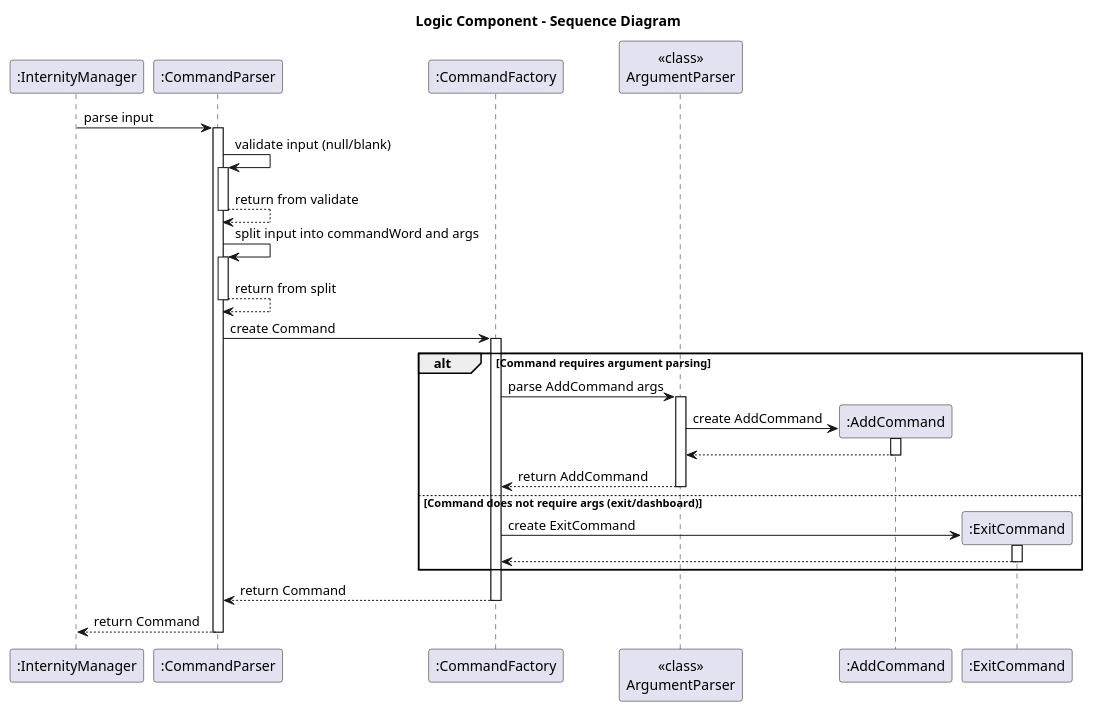
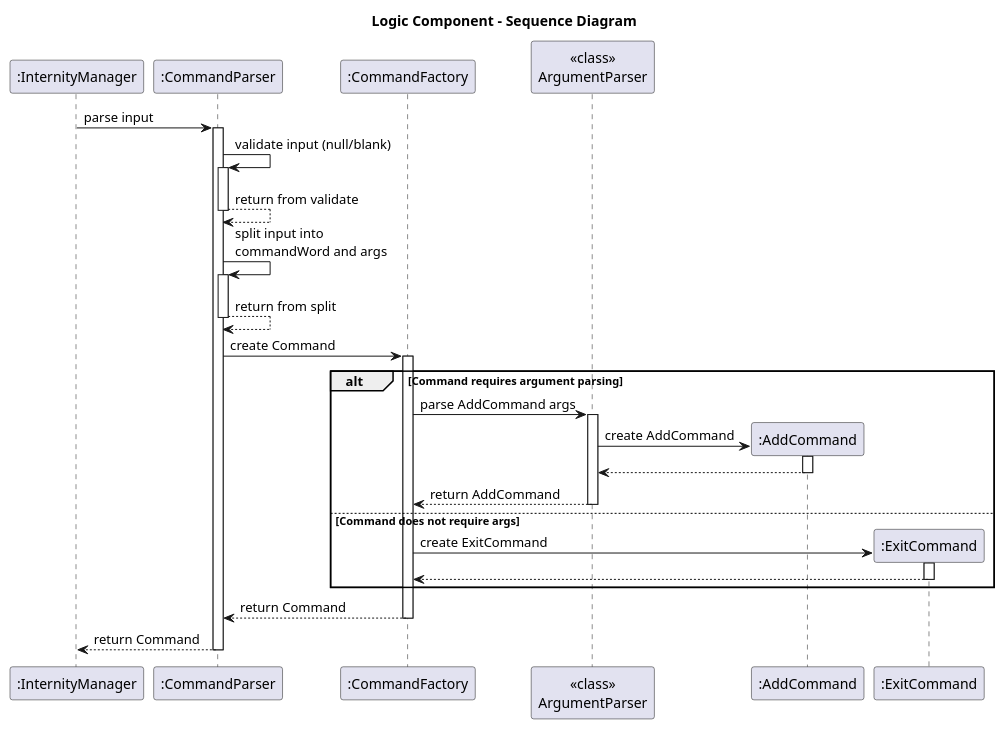
One commit to AY2526S1-CS2113-W14-4/tp changed the diagram in docs/diagrams/LogicComponentSD.puml. Above: the diagram before and after it, drawn with PlantUML. The commit also changed 3 other files, not shown here.

```diff
--- a/docs/diagrams/LogicComponentSD.puml
+++ b/docs/diagrams/LogicComponentSD.puml
@@ -1,52 +1,52 @@
 @startuml
 title Logic Component - Sequence Diagram
 
 participant ":InternityManager" as IM
 participant ":CommandParser" as CP
 participant ":CommandFactory" as CF
 participant "<<class>>\nArgumentParser" as AP
 participant ":AddCommand" as AddC
 participant ":ExitCommand" as ExitC
 
 IM -> CP: parse input
 activate CP
 
 ' --- validate input ---
 CP -> CP: validate input (null/blank)
 activate CP
 CP --> CP: return from validate
 deactivate CP
 
 ' --- split input ---
-CP -> CP: split input into commandWord and args
+CP -> CP: split input into\ncommandWord and args
 activate CP
 CP --> CP: return from split
 deactivate CP
 
 ' --- create command via factory ---
 CP -> CF: create Command
 activate CF
 
 alt Command requires argument parsing
     CF -> AP: parse AddCommand args
     activate AP
     AP -> AddC**: create AddCommand
     activate AddC
     return
     deactivate AddC
     AP --> CF: return AddCommand
     deactivate AP
-else Command does not require args (exit/dashboard)
+else Command does not require args
     CF -> ExitC**: create ExitCommand
     activate ExitC
     return
     deactivate ExitC
 end
 
 CF --> CP: return Command
 deactivate CF
 
 CP --> IM: return Command
 deactivate CP
 
 @enduml
```
